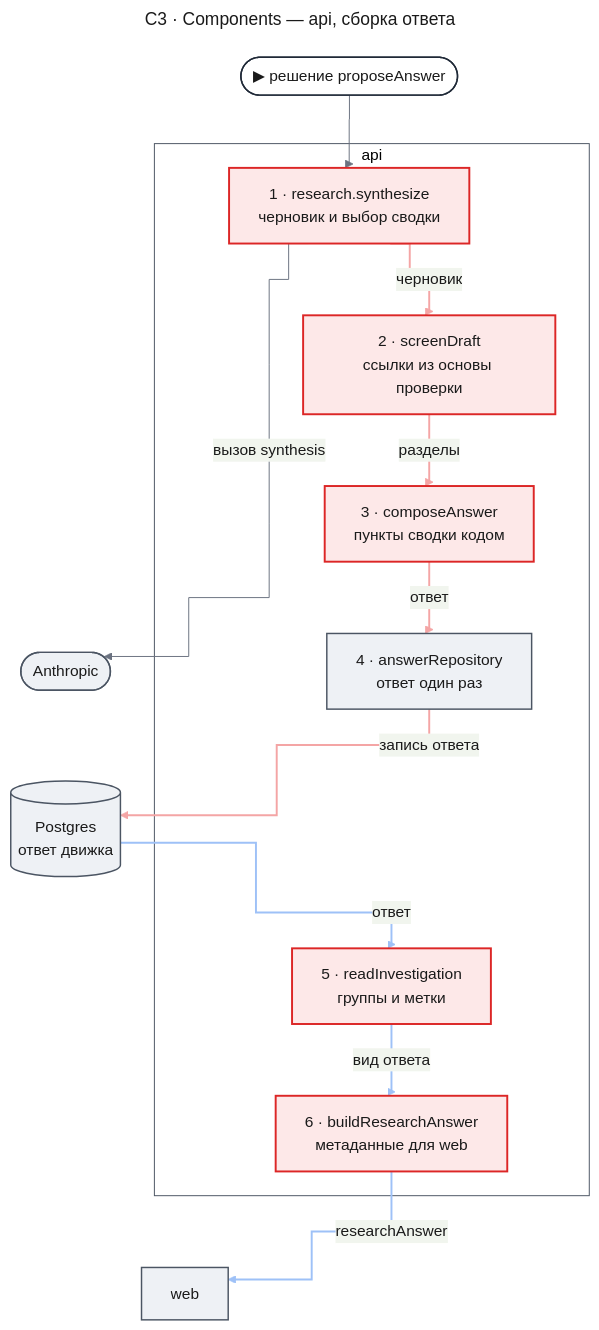
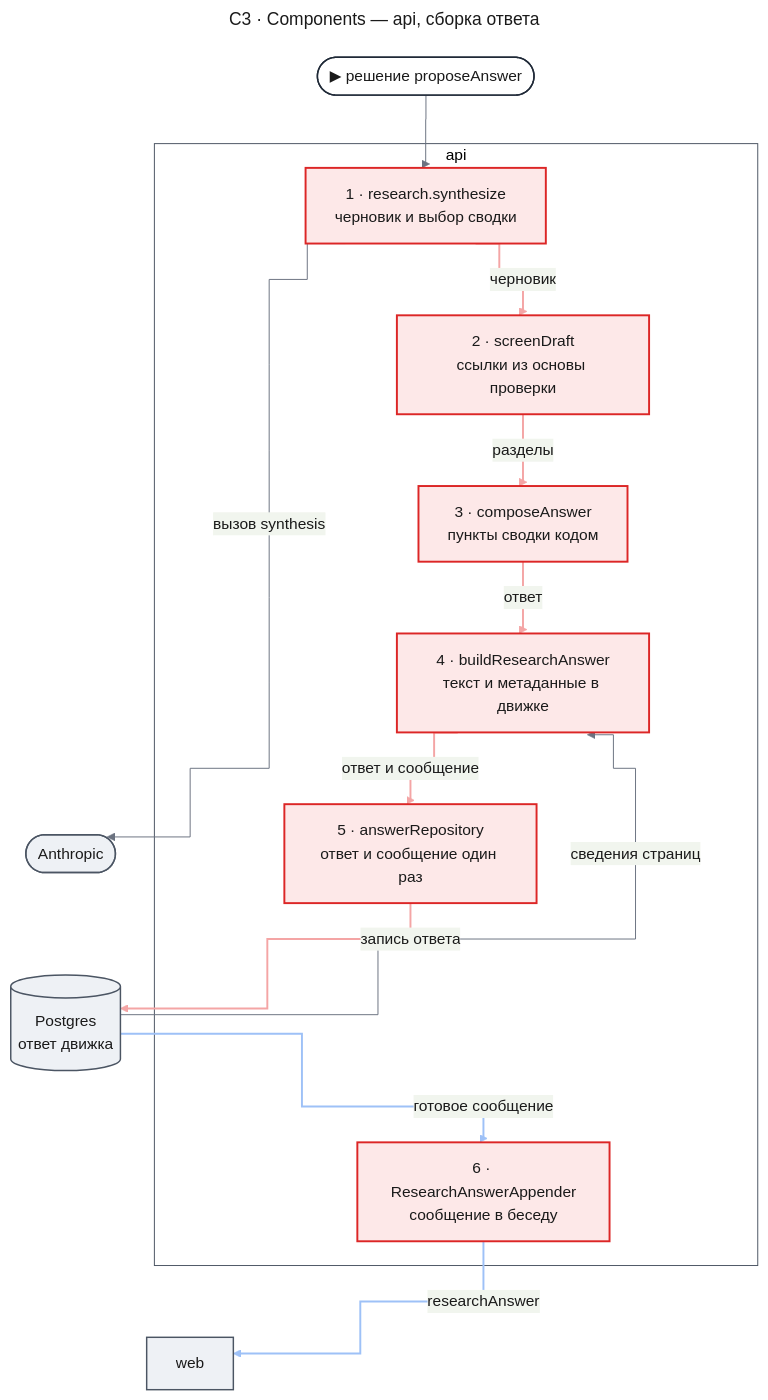
Before and after one commit to tundraray/agent-os: the sixth of 19 diagrams in docs/features/agent-quality/design-engine.md, drawn with Mermaid. The commit also changed other lines of this file and 3 other files, not shown here.

````diff
--- a/docs/features/agent-quality/design-engine.md
+++ b/docs/features/agent-quality/design-engine.md
@@ -465,63 +474,64 @@
 ```mermaid
 ---
 title: "C3 · Components — api, сборка ответа"
 config:
   theme: base
   look: classic
   themeVariables:
     primaryColor: "#eef1f5"
     primaryBorderColor: "#4b5563"
     primaryTextColor: "#1a1a1a"
     lineColor: "#6b7280"
   flowchart:
     curve: step
   themeCSS: |
     @keyframes litr_c3a{0%,12.8%{stroke:#1d4ed8;stroke-width:6px}14.3%,100%{stroke:#9ec1f7;stroke-width:2px}}
     @keyframes lit_c3a{0%,12.8%{stroke:#991b1b;stroke-width:6px}14.3%,100%{stroke:#f4a5a5;stroke-width:2px}}
 ---
 flowchart TB
     entry(["▶ решение proposeAnswer"])
     subgraph api["api"]
         n1["1 · research.synthesize<br/>черновик и выбор сводки"]
         n2["2 · screenDraft<br/>ссылки из основы проверки"]
         n3["3 · composeAnswer<br/>пункты сводки кодом"]
-        n4["4 · answerRepository<br/>ответ один раз"]
-        n5["5 · readInvestigation<br/>группы и метки"]
-        n6["6 · buildResearchAnswer<br/>метаданные для web"]
+        n4["4 · buildResearchAnswer<br/>текст и метаданные в движке"]
+        n5["5 · answerRepository<br/>ответ и сообщение один раз"]
+        n6["6 · ResearchAnswerAppender<br/>сообщение в беседу"]
     end
     anth(["Anthropic"])
     db[("Postgres<br/>ответ движка")]
     web["web"]
     anth ~~~ db ~~~ web
     entry --> n1
     n1 e1@-->|"черновик"| n2
     n2 e2@-->|"разделы"| n3
     n3 e3@-->|"ответ"| n4
-    n4 e4@-->|"запись ответа"| db
-    db e5@-->|"ответ"| n5
-    n5 e6@-->|"вид ответа"| n6
+    n4 e4@-->|"ответ и сообщение"| n5
+    n5 e5@-->|"запись ответа"| db
+    db e6@-->|"готовое сообщение"| n6
     n6 e7@-->|"researchAnswer"| web
     n1 -->|"вызов synthesis"| anth
+    db -->|"сведения страниц"| n4
     classDef entry fill:#ffffff,stroke:#1f2937,stroke-width:1.5px,color:#1a1a1a
     classDef changed fill:#fde8e8,stroke:#dc2626,stroke-width:2px,color:#1a1a1a
     classDef unchanged fill:#eef1f5,stroke:#4b5563,stroke-width:1.5px,color:#1a1a1a
     classDef frame fill:none,stroke:#4b5563,stroke-width:1px
     classDef w1 stroke:#f4a5a5,stroke-width:2px,animation:lit_c3a 8.4s linear 0s infinite
     classDef w2 stroke:#f4a5a5,stroke-width:2px,animation:lit_c3a 8.4s linear 1.2s infinite
     classDef w3 stroke:#f4a5a5,stroke-width:2px,animation:lit_c3a 8.4s linear 2.4s infinite
     classDef w4 stroke:#f4a5a5,stroke-width:2px,animation:lit_c3a 8.4s linear 3.6s infinite
-    classDef r5 stroke:#9ec1f7,stroke-width:2px,animation:litr_c3a 8.4s linear 4.8s infinite
+    classDef w5 stroke:#f4a5a5,stroke-width:2px,animation:lit_c3a 8.4s linear 4.8s infinite
     classDef r6 stroke:#9ec1f7,stroke-width:2px,animation:litr_c3a 8.4s linear 6s infinite
     classDef r7 stroke:#9ec1f7,stroke-width:2px,animation:litr_c3a 8.4s linear 7.2s infinite
     class entry entry
-    class n1,n2,n3,n5,n6 changed
-    class n4,anth,db,web unchanged
+    class n1,n2,n3,n4,n5,n6 changed
+    class anth,db,web unchanged
     class api frame
     class e1 w1
     class e2 w2
     class e3 w3
     class e4 w4
-    class e5 r5
+    class e5 w5
     class e6 r6
     class e7 r7
 ```
````
